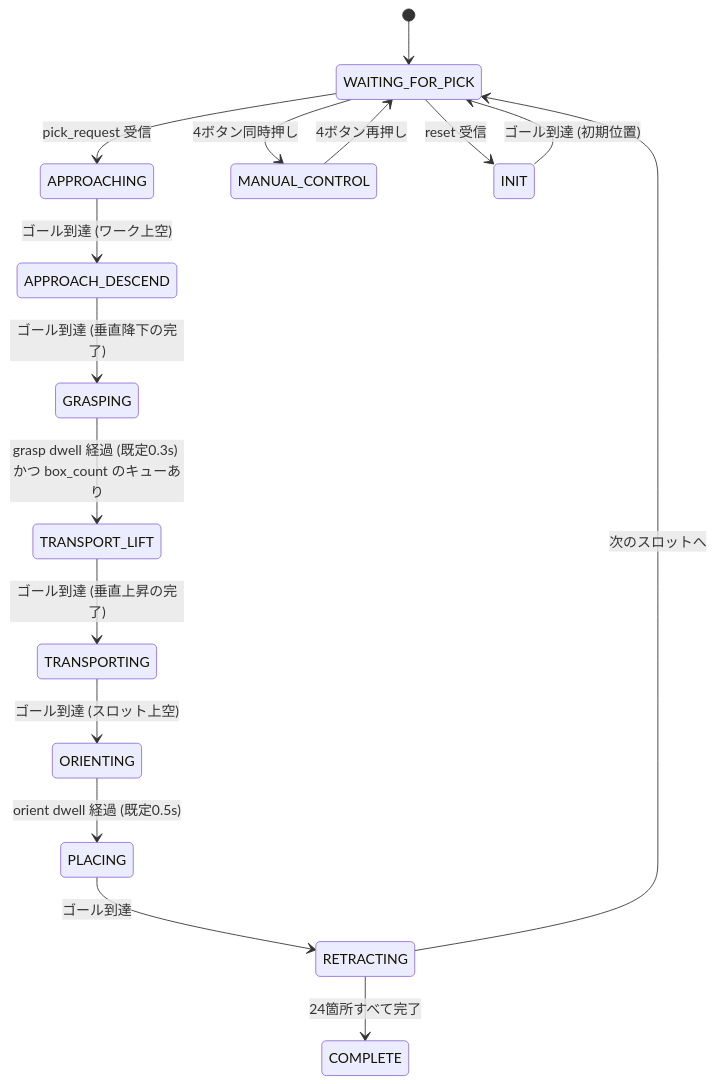
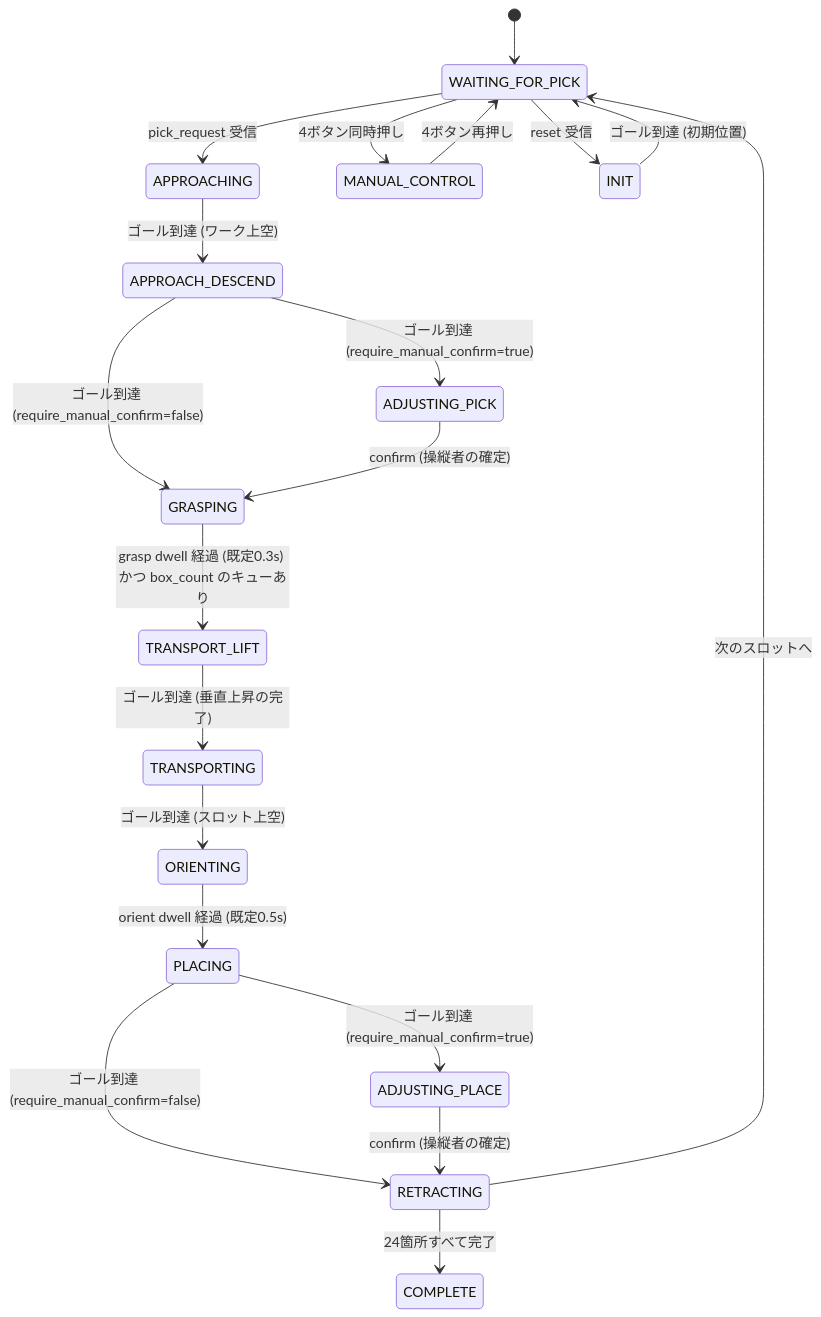
The diagram in sharmech_core/docs/game_state_manager_node.md (SameSameIndustry/sharmech), drawn with Mermaid before and after one commit. The commit also changed other lines of this file and 13 other files, not shown here.

````diff
--- a/sharmech_core/docs/game_state_manager_node.md
+++ b/sharmech_core/docs/game_state_manager_node.md
@@ -116,18 +119,22 @@
 ```mermaid
 stateDiagram-v2
   [*] --> WAITING_FOR_PICK
   WAITING_FOR_PICK --> APPROACHING: pick_request 受信
   APPROACHING --> APPROACH_DESCEND: ゴール到達 (ワーク上空)
-  APPROACH_DESCEND --> GRASPING: ゴール到達 (垂直降下の完了)
+  APPROACH_DESCEND --> ADJUSTING_PICK: ゴール到達 (require_manual_confirm=true)
+  APPROACH_DESCEND --> GRASPING: ゴール到達 (require_manual_confirm=false)
+  ADJUSTING_PICK --> GRASPING: confirm (操縦者の確定)
   GRASPING --> TRANSPORT_LIFT: grasp dwell 経過 (既定0.3s) かつ box_count のキューあり
   TRANSPORT_LIFT --> TRANSPORTING: ゴール到達 (垂直上昇の完了)
   TRANSPORTING --> ORIENTING: ゴール到達 (スロット上空)
   ORIENTING --> PLACING: orient dwell 経過 (既定0.5s)
-  PLACING --> RETRACTING: ゴール到達
+  PLACING --> ADJUSTING_PLACE: ゴール到達 (require_manual_confirm=true)
+  PLACING --> RETRACTING: ゴール到達 (require_manual_confirm=false)
+  ADJUSTING_PLACE --> RETRACTING: confirm (操縦者の確定)
   RETRACTING --> WAITING_FOR_PICK: 次のスロットへ
   RETRACTING --> COMPLETE: 24箇所すべて完了
   WAITING_FOR_PICK --> MANUAL_CONTROL: 4ボタン同時押し
   MANUAL_CONTROL --> WAITING_FOR_PICK: 4ボタン再押し
   WAITING_FOR_PICK --> INIT: reset 受信
   INIT --> WAITING_FOR_PICK: ゴール到達 (初期位置)
 ```
````
